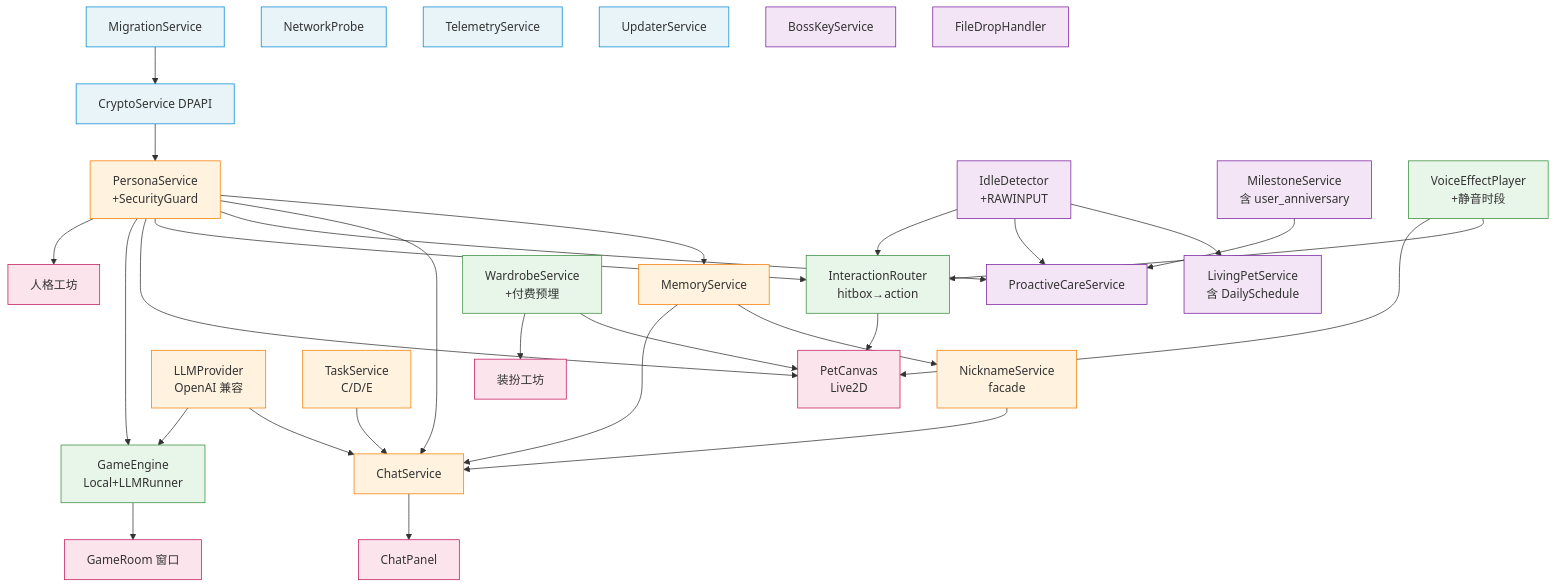
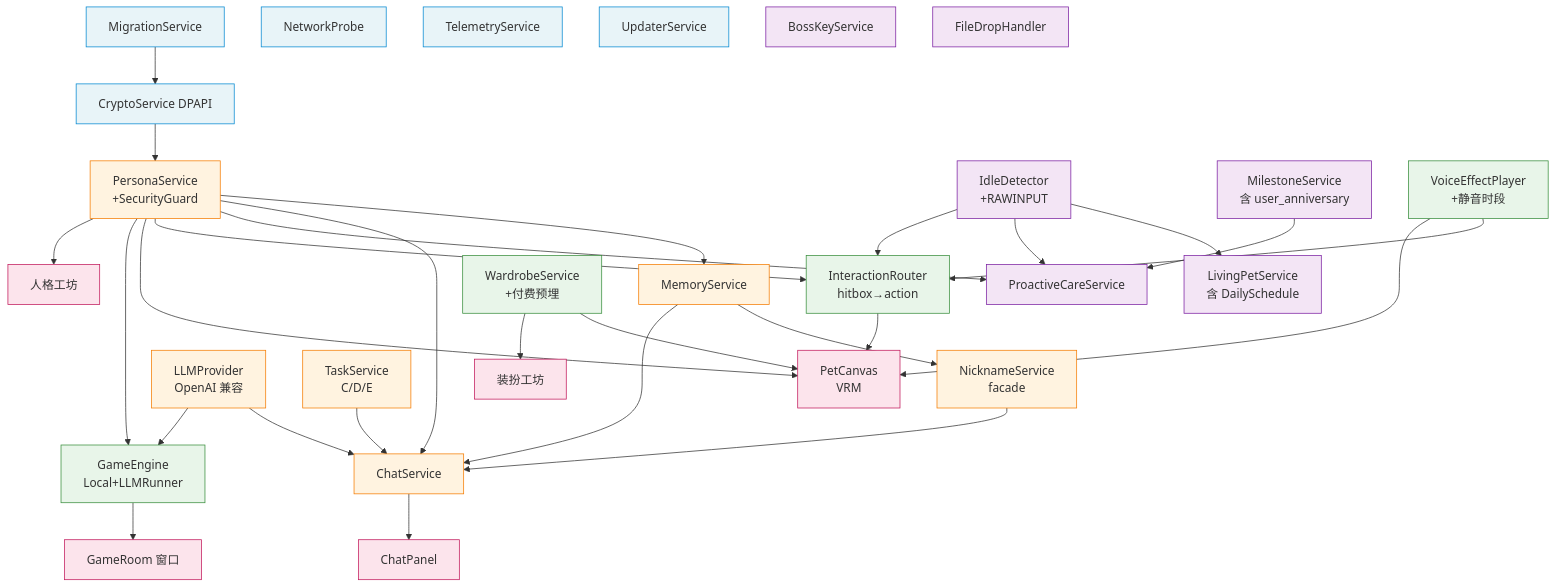
The fourth of 16 diagrams in docs/AIPET-obsidian/2026-05-01-development-roadmap-v1.0.md (tl0502/aipet), drawn with Mermaid before and after one commit. The commit also changed other lines of this file and 11 other files, not shown here.

First line of the commit message:
docs(baseline): align v1.0 to VRM, supersede Live2D ADR-002/003

```diff
--- a/docs/AIPET-obsidian/2026-05-01-development-roadmap-v1.0.md
+++ b/docs/AIPET-obsidian/2026-05-01-development-roadmap-v1.0.md
@@ -163,7 +163,7 @@
     Game[GameEngine<br/>Local+LLMRunner]
 
     %% 前端
-    PetCanvas[PetCanvas<br/>Live2D]
+    PetCanvas[PetCanvas<br/>VRM]
     ChatPanel[ChatPanel]
     Workshop[人格工坊]
     WardrobeStudio[装扮工坊]
```
